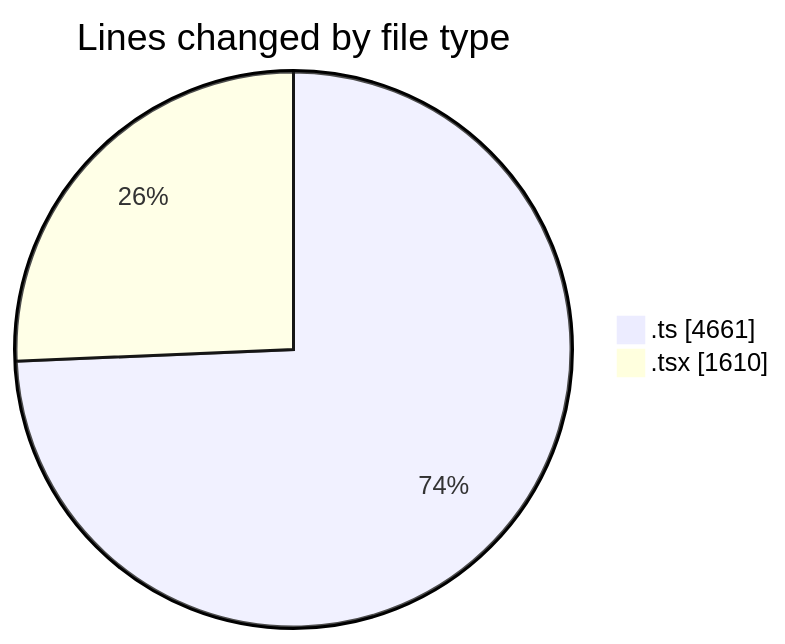
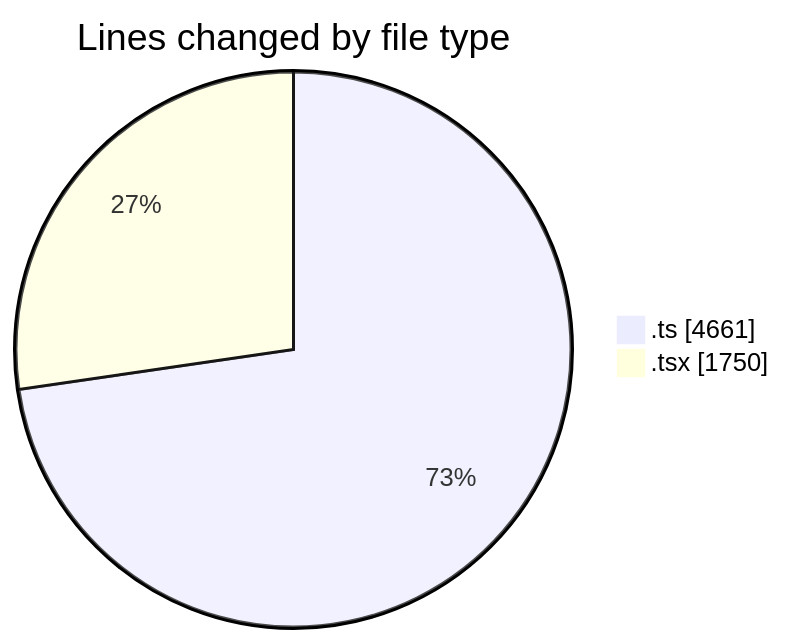
One commit to JenPaints/code-tracking changed the first of 2 diagrams in 2025-07-25/cohera/README.md. Above: the diagram before and after it, drawn with Mermaid. The commit also changed other lines of this file and 1 other file, not shown here.

````diff
--- a/2025-07-25/cohera/README.md
+++ b/2025-07-25/cohera/README.md
@@ -31,6 +34,6 @@
 ```mermaid
 pie showData
 title Lines changed by file type
 ".ts" : 4661
-".tsx" : 1610
+".tsx" : 1750
 ```
````
